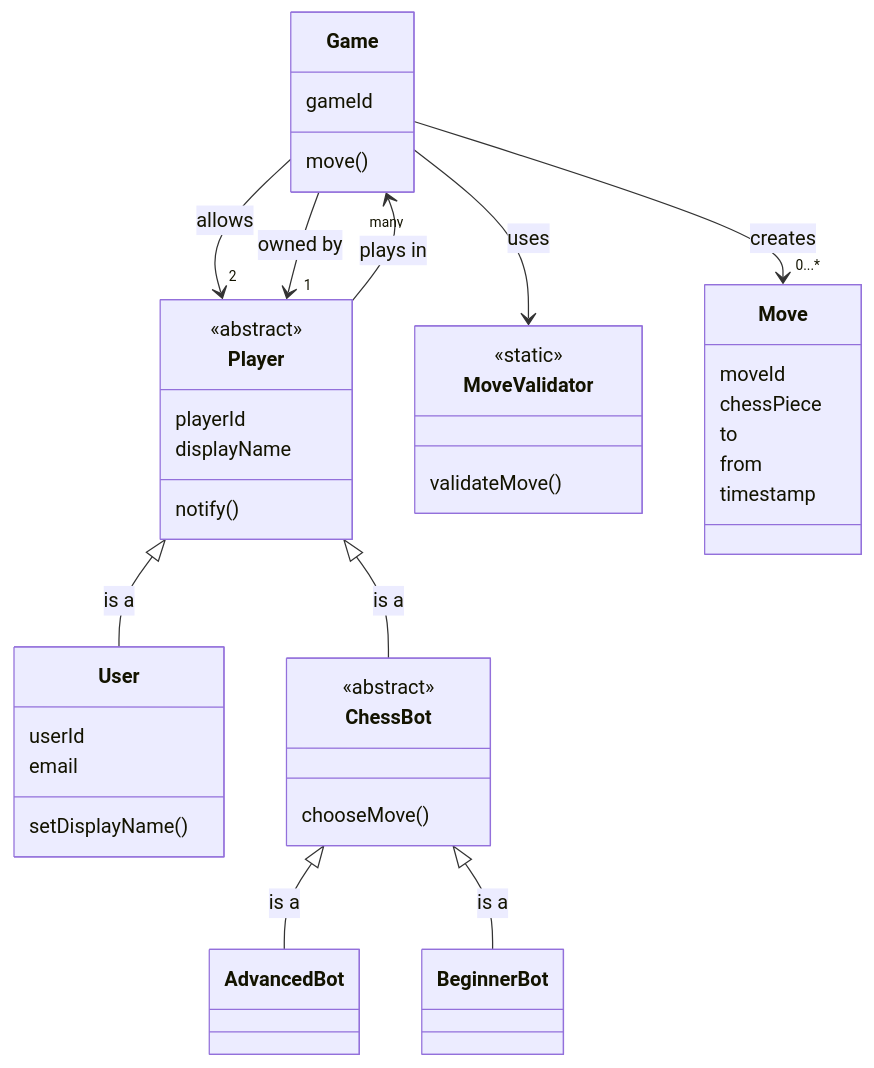
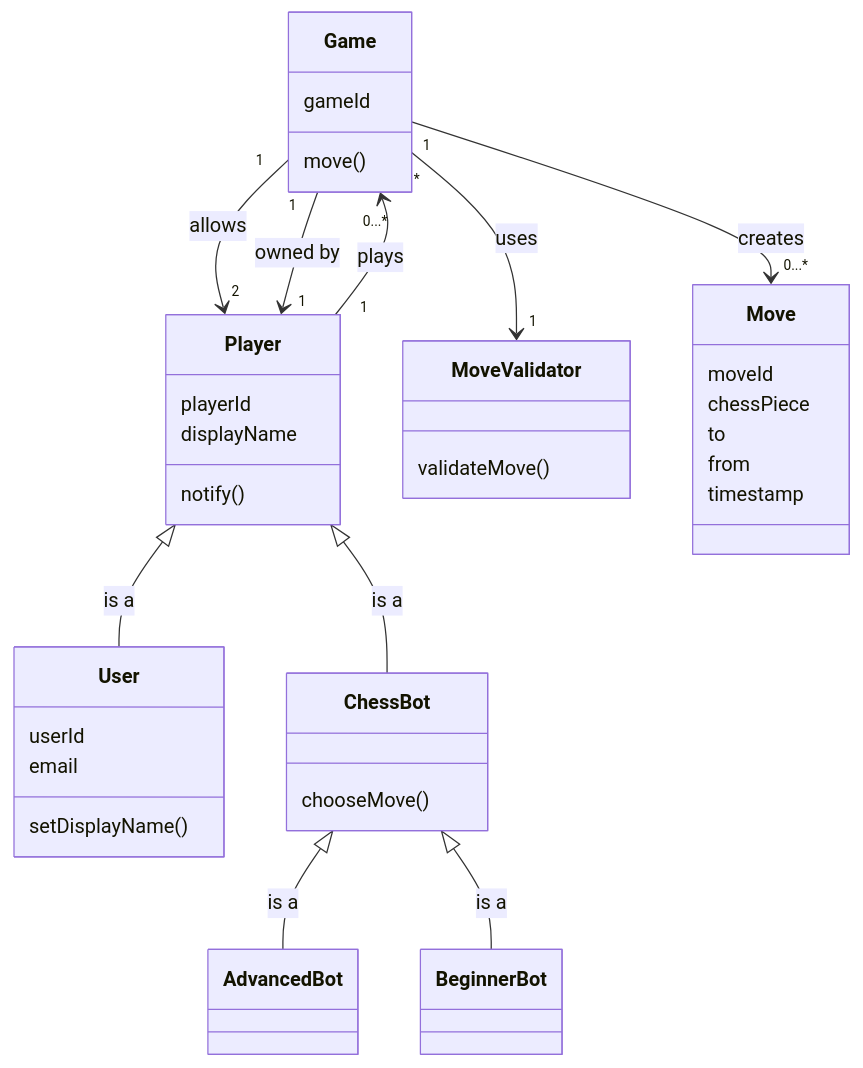
One commit to uis-se-capstone-fall2021-2/chess changed the diagram in docs/deliverable02/02_design_documentation/class_diagram.md. Above: the diagram before and after it, drawn with Mermaid. The commit also changed 1 other file, not shown here.

Commit message:
fix pdf diagram

````diff
--- a/docs/deliverable02/02_design_documentation/class_diagram.md
+++ b/docs/deliverable02/02_design_documentation/class_diagram.md
@@ -1,51 +1,48 @@
 ```mermaid
 classDiagram
 
+Game "1" --> "2" Player : allows
+Game "1" --> "1" Player : owned by
+Game "*" --> "1" MoveValidator : uses
+Game "1" --> "0...*" Move : creates
+Player "1" --> "0...*" Game : plays
 
-Game --> "2" Player : allows
-Game --> "1" Player : owned by
-Player --> "many" Game : plays in
-Game --> MoveValidator : uses
-Game --> "0...*" Move : creates
 Player <|-- User : is a
 Player <|-- ChessBot : is a
 ChessBot <|-- AdvancedBot : is a
 ChessBot <|-- BeginnerBot : is a
 
 class Game {
   gameId
   move()
 }
 
 class Move {
   moveId
   chessPiece
   to
   from
   timestamp
 }
 
 class MoveValidator {
-  <<static>>
   validateMove()
 }
 
 class Player {
-  <<abstract>>
   playerId
   displayName
   notify()
 }
 
 class User {
   userId
   email
   setDisplayName()
 }
 
 class ChessBot {
-  <<abstract>>
   chooseMove()
 }
 
 ```
````
